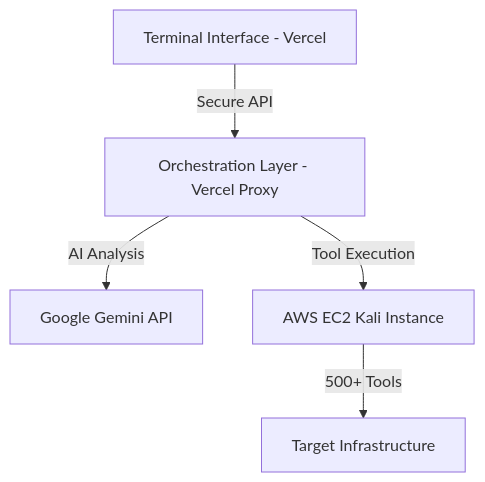
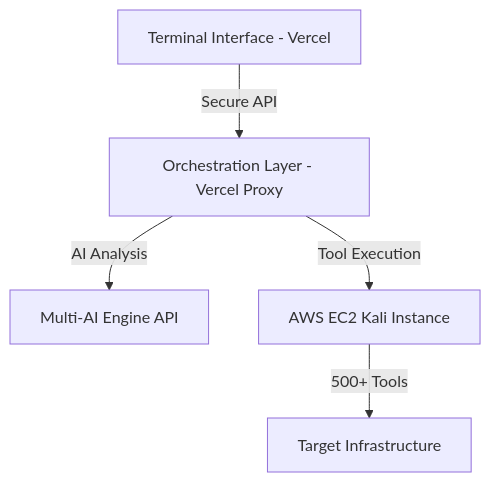
One commit to azerxafro/Atoms.ninja changed the diagram in README.md. Above: the diagram before and after it, drawn with Mermaid. The commit also changed other lines of this file and 43 other files, not shown here.

First line of the commit message:
refactor: Remove all Gemini references — migrate to multi-provider AI

````diff
--- a/README.md
+++ b/README.md
@@ -75,7 +75,7 @@
 ```mermaid
 graph TD
     A["Terminal Interface - Vercel"] -->|Secure API| B["Orchestration Layer - Vercel Proxy"]
-    B -->|AI Analysis| C[Google Gemini API]
+    B -->|AI Analysis| C[Multi-AI Engine API]
     B -->|Tool Execution| D[AWS EC2 Kali Instance]
     D -->|500+ Tools| E[Target Infrastructure]
 ```
````
